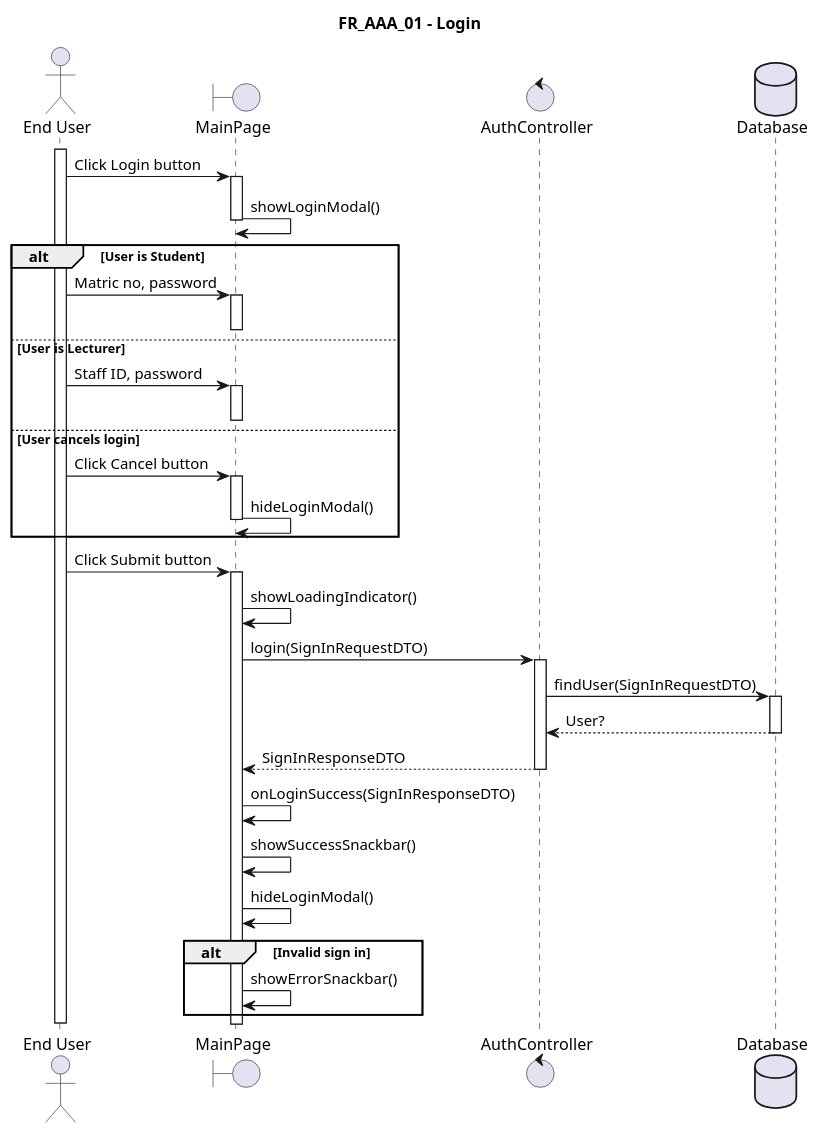
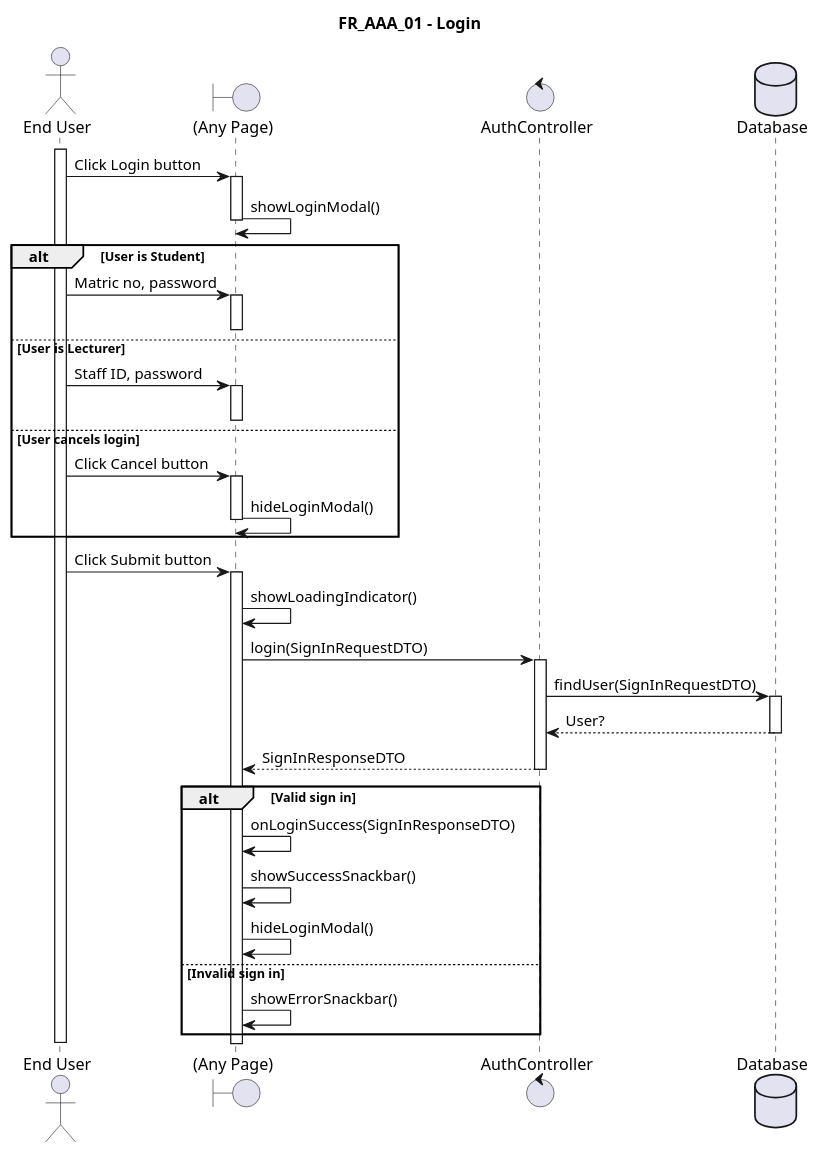
Before and after one commit to AdmiJW/UTM-FC-Scheduler-UML: the diagram in sequence/end-user/FR_AAA_01.plantuml, drawn with PlantUML. The commit also changed 120 other files, not shown here.

Commit message:
JW: Complete Sequence Diagram

```diff
--- a/sequence/end-user/FR_AAA_01.plantuml
+++ b/sequence/end-user/FR_AAA_01.plantuml
@@ -1,46 +1,47 @@
 @startuml FR_AAA_01
 title FR_AAA_01 - Login
 skinparam maxMessageSize 125
 
 
 actor "End User" as eu
-boundary MainPage as fe
+boundary "(Any Page)" as fe
 control AuthController as ct
 ' entity Entity as en
 database Database as db
 
 activate eu
 
 eu -> fe ++ : Click Login button
 fe -> fe -- : showLoginModal()
 
 
 alt User is Student
     eu -> fe ++ : Matric no, password
     deactivate fe
 else User is Lecturer
     eu -> fe ++ : Staff ID, password
     deactivate fe
 else User cancels login
     eu -> fe ++ : Click Cancel button
     fe -> fe --: hideLoginModal()
 end
 
 
 eu -> fe ++ : Click Submit button
 fe -> fe : showLoadingIndicator()
 fe -> ct ++ : login(SignInRequestDTO)
 ct -> db ++ : findUser(SignInRequestDTO)
 db --> ct -- : User?
 ct --> fe -- : SignInResponseDTO
-fe -> fe : onLoginSuccess(SignInResponseDTO)
-fe -> fe : showSuccessSnackbar()
-fe -> fe : hideLoginModal()
 
-alt Invalid sign in
+alt Valid sign in
+    fe -> fe : onLoginSuccess(SignInResponseDTO)
+    fe -> fe : showSuccessSnackbar()
+    fe -> fe : hideLoginModal()
+else Invalid sign in
     fe -> fe : showErrorSnackbar()
 end
 
 deactivate eu
 
 @enduml
```
